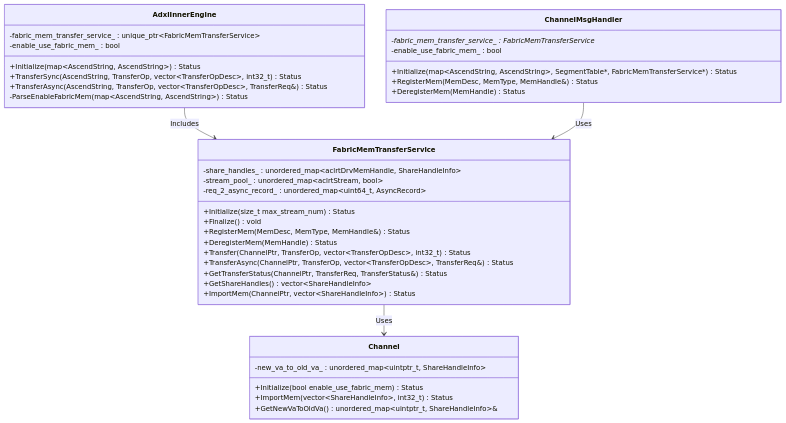
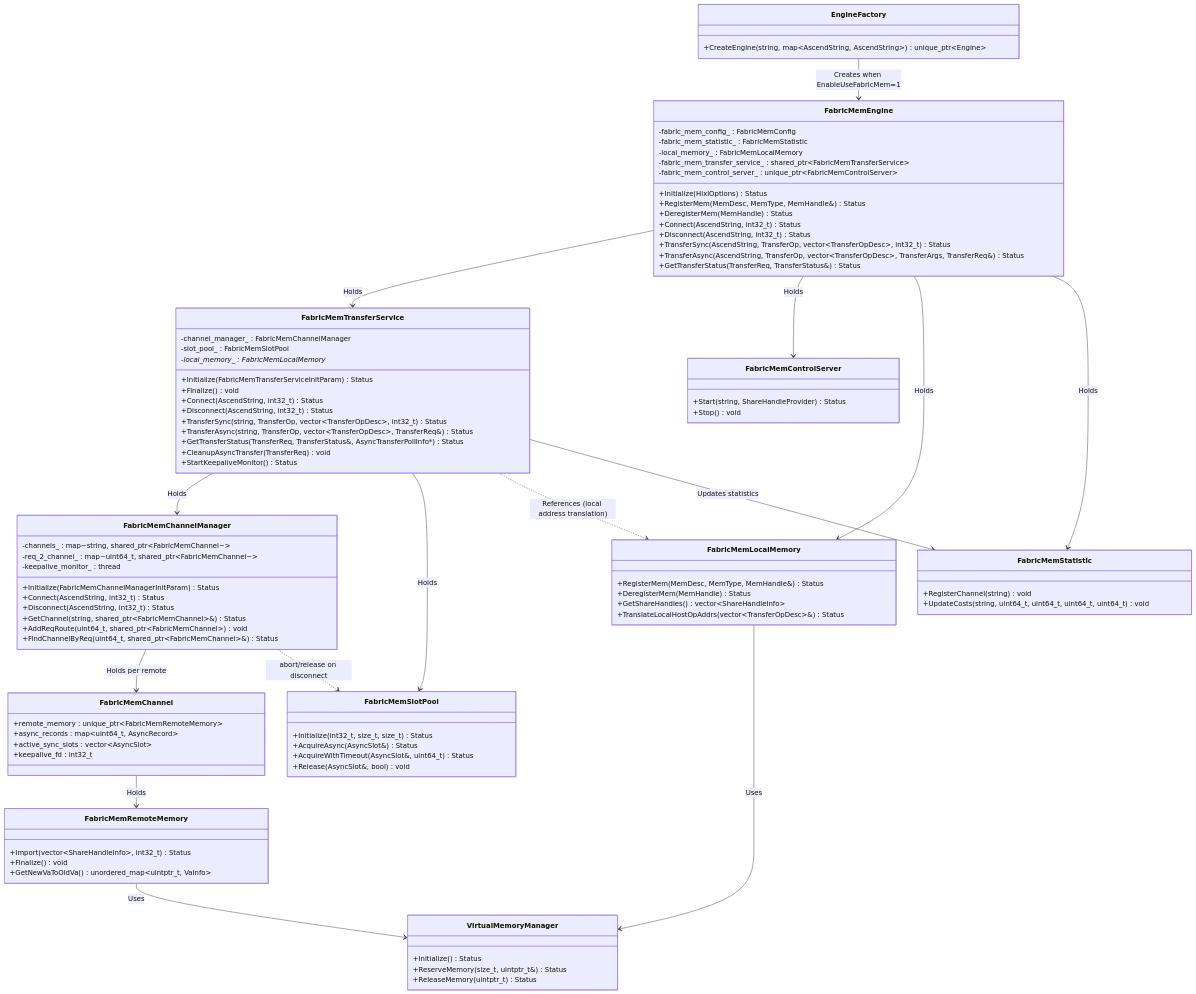
One commit to hicann/hixl changed the first of 2 diagrams in docs/en/design/FabricMem.md. Above: the diagram before and after it, drawn with Mermaid. The commit also changed other lines of this file and 22 other files, not shown here.

````diff
--- a/docs/en/design/FabricMem.md
+++ b/docs/en/design/FabricMem.md
@@ -49,45 +53,107 @@
 ```mermaid
 classDiagram
-    class FabricMemTransferService {
-        +Initialize(size_t max_stream_num) Status
-        +Finalize() void
+    class EngineFactory {
+        +CreateEngine(string, map~AscendString, AscendString~) unique_ptr~Engine~
+    }
+
+    class FabricMemEngine {
+        +Initialize(HixlOptions) Status
         +RegisterMem(MemDesc, MemType, MemHandle&) Status
         +DeregisterMem(MemHandle) Status
-        +Transfer(ChannelPtr, TransferOp, vector~TransferOpDesc~, int32_t) Status
-        +TransferAsync(ChannelPtr, TransferOp, vector~TransferOpDesc~, TransferReq&) Status
-        +GetTransferStatus(ChannelPtr, TransferReq, TransferStatus&) Status
-        +GetShareHandles() vector~ShareHandleInfo~
-        +ImportMem(ChannelPtr, vector~ShareHandleInfo~) Status
-        -share_handles_ : unordered_map~aclrtDrvMemHandle, ShareHandleInfo~
-        -stream_pool_ : unordered_map~aclrtStream, bool~
-        -req_2_async_record_ : unordered_map~uint64_t, AsyncRecord~
+        +Connect(AscendString, int32_t) Status
+        +Disconnect(AscendString, int32_t) Status
+        +TransferSync(AscendString, TransferOp, vector~TransferOpDesc~, int32_t) Status
+        +TransferAsync(AscendString, TransferOp, vector~TransferOpDesc~, TransferArgs, TransferReq&) Status
+        +GetTransferStatus(TransferReq, TransferStatus&) Status
+        -fabric_mem_config_ : FabricMemConfig
+        -fabric_mem_statistic_ : FabricMemStatistic
+        -local_memory_ : FabricMemLocalMemory
+        -fabric_mem_transfer_service_ : shared_ptr~FabricMemTransferService~
+        -fabric_mem_control_server_ : unique_ptr~FabricMemControlServer~
     }
 
-    class Channel {
-        +Initialize(bool enable_use_fabric_mem) Status
-        +ImportMem(vector~ShareHandleInfo~, int32_t) Status
-        +GetNewVaToOldVa() unordered_map~uintptr_t, ShareHandleInfo~&
-        -new_va_to_old_va_ : unordered_map~uintptr_t, ShareHandleInfo~
+    class FabricMemTransferService {
+        +Initialize(FabricMemTransferServiceInitParam) Status
+        +Finalize() void
+        +Connect(AscendString, int32_t) Status
+        +Disconnect(AscendString, int32_t) Status
+        +TransferSync(string, TransferOp, vector~TransferOpDesc~, int32_t) Status
+        +TransferAsync(string, TransferOp, vector~TransferOpDesc~, TransferReq&) Status
+        +GetTransferStatus(TransferReq, TransferStatus&, AsyncTransferPollInfo*) Status
+        +CleanupAsyncTransfer(TransferReq) void
+        +StartKeepaliveMonitor() Status
+        -channel_manager_ : FabricMemChannelManager
+        -slot_pool_ : FabricMemSlotPool
+        -local_memory_ : FabricMemLocalMemory*
     }
 
-    class AdxlInnerEngine {
-        +Initialize(map~AscendString, AscendString~) Status
-        +TransferSync(AscendString, TransferOp, vector~TransferOpDesc~, int32_t) Status
-        +TransferAsync(AscendString, TransferOp, vector~TransferOpDesc~, TransferReq&) Status
-        -fabric_mem_transfer_service_ : unique_ptr~FabricMemTransferService~
-        -enable_use_fabric_mem_ : bool
-        -ParseEnableFabricMem(map~AscendString, AscendString~) Status
+    class FabricMemChannelManager {
+        +Initialize(FabricMemChannelManagerInitParam) Status
+        +Connect(AscendString, int32_t) Status
+        +Disconnect(AscendString, int32_t) Status
+        +GetChannel(string, shared_ptr~FabricMemChannel~&) Status
+        +AddReqRoute(uint64_t, shared_ptr~FabricMemChannel~) void
+        +FindChannelByReq(uint64_t, shared_ptr~FabricMemChannel~&) Status
+        -channels_ : map~string, shared_ptr~FabricMemChannel~~
+        -req_2_channel_ : map~uint64_t, shared_ptr~FabricMemChannel~~
+        -keepalive_monitor_ : thread
     }
 
-    class ChannelMsgHandler {
-        +Initialize(map~AscendString, AscendString~, SegmentTable*, FabricMemTransferService*) Status
+    class FabricMemChannel {
+        +remote_memory : unique_ptr~FabricMemRemoteMemory~
+        +async_records : map~uint64_t, AsyncRecord~
+        +active_sync_slots : vector~AsyncSlot~
+        +keepalive_fd : int32_t
+    }
+
+    class FabricMemSlotPool {
+        +Initialize(int32_t, size_t, size_t) Status
+        +AcquireAsync(AsyncSlot&) Status
+        +AcquireWithTimeout(AsyncSlot&, uint64_t) Status
+        +Release(AsyncSlot&, bool) void
+    }
+
+    class FabricMemLocalMemory {
         +RegisterMem(MemDesc, MemType, MemHandle&) Status
         +DeregisterMem(MemHandle) Status
-        -fabric_mem_transfer_service_ : FabricMemTransferService*
-        -enable_use_fabric_mem_ : bool
+        +GetShareHandles() vector~ShareHandleInfo~
+        +TranslateLocalHostOpAddrs(vector~TransferOpDesc~&) Status
     }
 
-    FabricMemTransferService --> Channel : Uses
-    AdxlInnerEngine --> FabricMemTransferService : Includes
-    ChannelMsgHandler --> FabricMemTransferService : Uses
+    class FabricMemControlServer {
+        +Start(string, ShareHandleProvider) Status
+        +Stop() void
+    }
+
+    class FabricMemRemoteMemory {
+        +Import(vector~ShareHandleInfo~, int32_t) Status
+        +Finalize() void
+        +GetNewVaToOldVa() unordered_map~uintptr_t, VaInfo~
+    }
+
+    class VirtualMemoryManager {
+        +Initialize() Status
+        +ReserveMemory(size_t, uintptr_t&) Status
+        +ReleaseMemory(uintptr_t) Status
+    }
+
+    class FabricMemStatistic {
+        +RegisterChannel(string) void
+        +UpdateCosts(string, uint64_t, uint64_t, uint64_t, uint64_t) void
+    }
+
+    EngineFactory --> FabricMemEngine : Creates when EnableUseFabricMem=1
+    FabricMemEngine --> FabricMemTransferService : Holds
+    FabricMemEngine --> FabricMemControlServer : Holds
+    FabricMemEngine --> FabricMemLocalMemory : Holds
+    FabricMemEngine --> FabricMemStatistic : Holds
+    FabricMemTransferService --> FabricMemChannelManager : Holds
+    FabricMemTransferService --> FabricMemSlotPool : Holds
+    FabricMemTransferService ..> FabricMemLocalMemory : References (local address translation)
+    FabricMemChannelManager --> FabricMemChannel : Holds per remote
+    FabricMemChannelManager ..> FabricMemSlotPool : abort/release on disconnect
+    FabricMemChannel --> FabricMemRemoteMemory : Holds
+    FabricMemRemoteMemory --> VirtualMemoryManager : Uses
+    FabricMemLocalMemory --> VirtualMemoryManager : Uses
+    FabricMemTransferService --> FabricMemStatistic : Updates statistics
 ```
````
